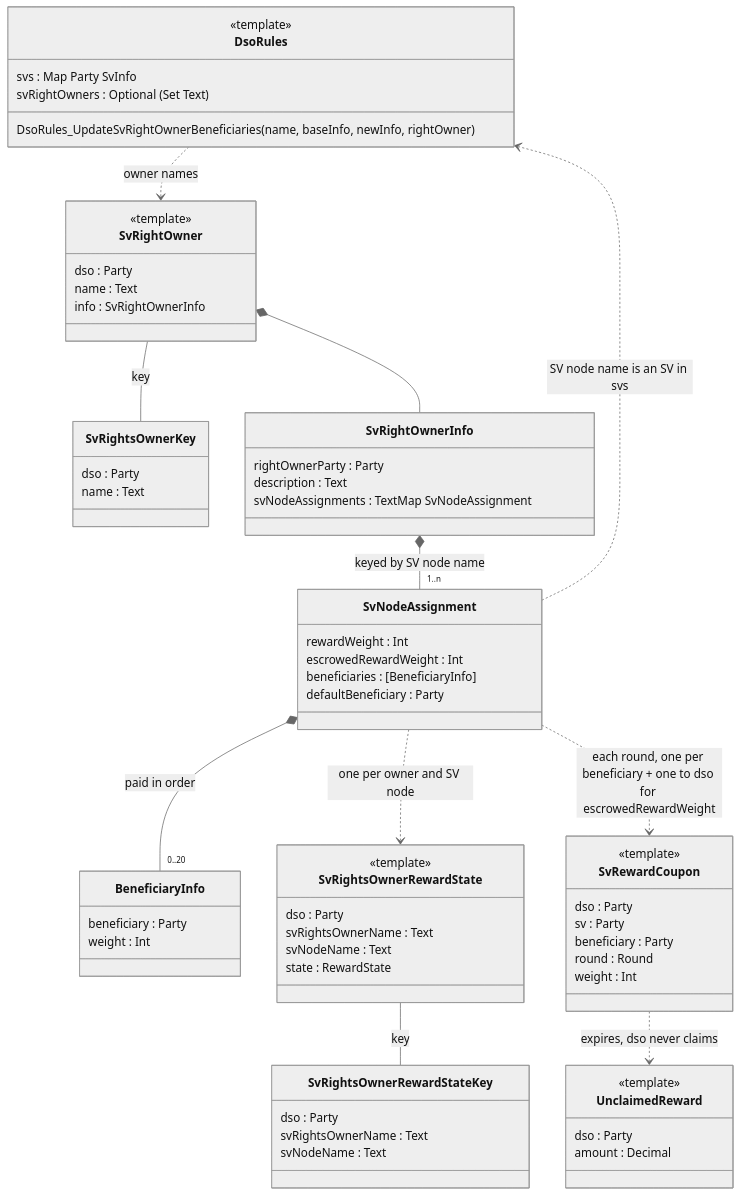
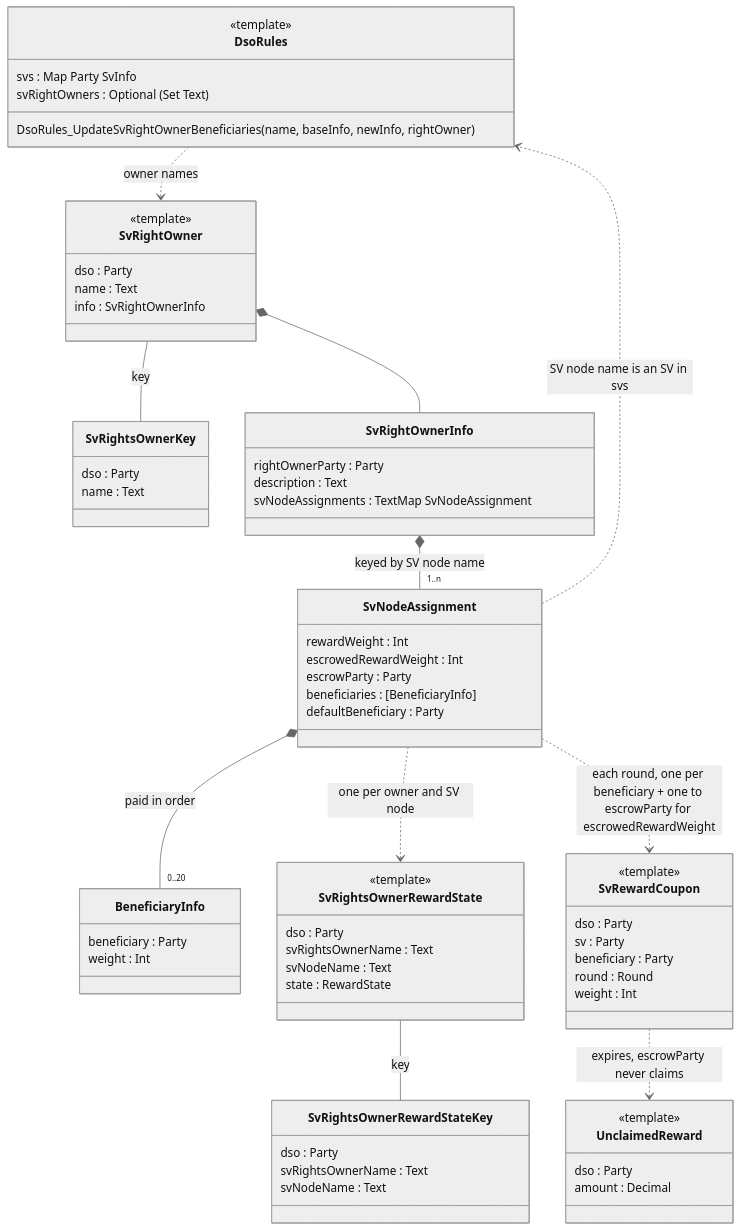
One commit to canton-network/splice changed the first of 2 diagrams in SV_RIGHTS_OWNERS_POC.md. Above: the diagram before and after it, drawn with Mermaid (neutral theme). The commit also changed other lines of this file and 1 other file, not shown here.

Commit message:
feat(sv-weights): mint escrowed weight to an escrow party set by vote

````diff
--- a/SV_RIGHTS_OWNERS_POC.md
+++ b/SV_RIGHTS_OWNERS_POC.md
@@ -3,70 +3,71 @@
 ```mermaid
 classDiagram
     direction TB
     class DsoRules {
         <<template>>
         svs : Map Party SvInfo
         svRightOwners : Optional #40;Set Text#41;
         DsoRules_UpdateSvRightOwnerBeneficiaries(name, baseInfo, newInfo, rightOwner)
     }
     class SvRightOwner {
         <<template>>
         dso : Party
         name : Text
         info : SvRightOwnerInfo
     }
     class SvRightsOwnerKey {
         dso : Party
         name : Text
     }
     class SvRightOwnerInfo {
         rightOwnerParty : Party
         description : Text
         svNodeAssignments : TextMap SvNodeAssignment
     }
     class SvNodeAssignment {
         rewardWeight : Int
         escrowedRewardWeight : Int
+        escrowParty : Party
         beneficiaries : [BeneficiaryInfo]
         defaultBeneficiary : Party
     }
     class BeneficiaryInfo {
         beneficiary : Party
         weight : Int
     }
     class SvRewardCoupon {
         <<template>>
         dso : Party
         sv : Party
         beneficiary : Party
         round : Round
         weight : Int
     }
     class UnclaimedReward {
         <<template>>
         dso : Party
         amount : Decimal
     }
     class SvRightsOwnerRewardState {
         <<template>>
         dso : Party
         svRightsOwnerName : Text
         svNodeName : Text
         state : RewardState
     }
     class SvRightsOwnerRewardStateKey {
         dso : Party
         svRightsOwnerName : Text
         svNodeName : Text
     }
     DsoRules ..> SvRightOwner : owner names
     SvRightOwner -- SvRightsOwnerKey : key
     SvRightOwner *-- SvRightOwnerInfo
     SvRightOwnerInfo *-- "1..n" SvNodeAssignment : keyed by SV node name
     SvNodeAssignment *-- "0..20" BeneficiaryInfo : paid in order
     SvNodeAssignment ..> DsoRules : SV node name is an SV in svs
     SvNodeAssignment ..> SvRightsOwnerRewardState : one per owner and SV node
     SvRightsOwnerRewardState -- SvRightsOwnerRewardStateKey : key
-    SvNodeAssignment ..> SvRewardCoupon : each round, one per beneficiary + one to dso for escrowedRewardWeight
-    SvRewardCoupon ..> UnclaimedReward : expires, dso never claims
+    SvNodeAssignment ..> SvRewardCoupon : each round, one per beneficiary + one to escrowParty for escrowedRewardWeight
+    SvRewardCoupon ..> UnclaimedReward : expires, escrowParty never claims
 ```
````
